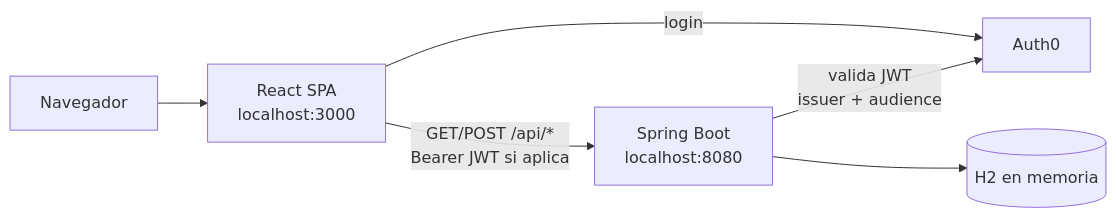
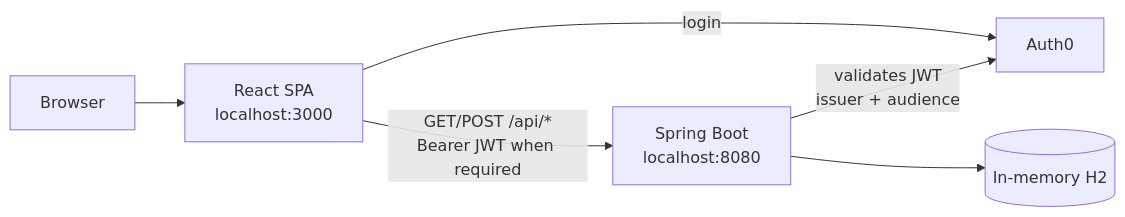
One commit to Lanapequin/tweetlite changed the first of 2 diagrams in README.md. Above: the diagram before and after it, drawn with Mermaid. The commit also changed other lines of this file and 1 other file, not shown here.

````diff
--- a/README.md
+++ b/README.md
@@ -19,14 +19,14 @@
 ```mermaid
 flowchart LR
-  Browser[Navegador]
+  Browser[Browser]
   React[React SPA\nlocalhost:3000]
   Monolith[Spring Boot\nlocalhost:8080]
   Auth0[Auth0]
-  H2[(H2 en memoria)]
+  H2[(In-memory H2)]
 
   Browser --> React
   React -->|login| Auth0
-  React -->|GET/POST /api/*\nBearer JWT si aplica| Monolith
-  Monolith -->|valida JWT\nissuer + audience| Auth0
+  React -->|GET/POST /api/*\nBearer JWT when required| Monolith
+  Monolith -->|validates JWT\nissuer + audience| Auth0
   Monolith --> H2
 ```
````
